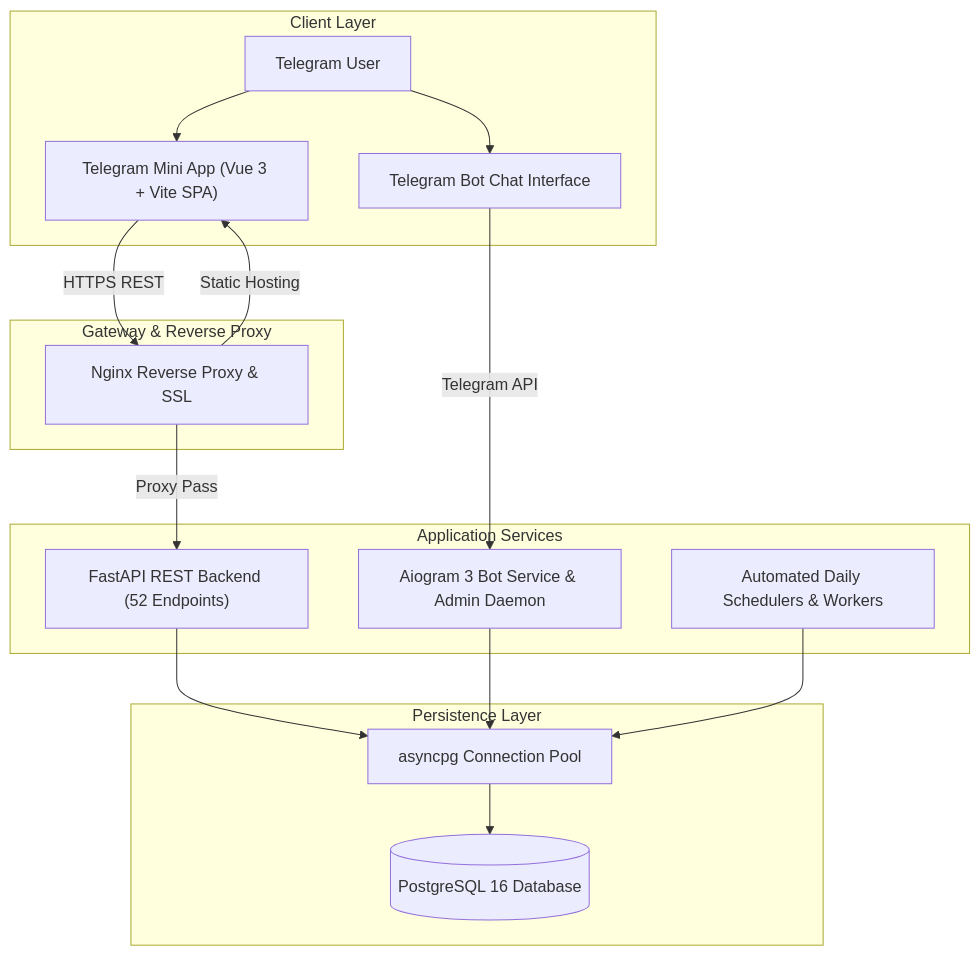
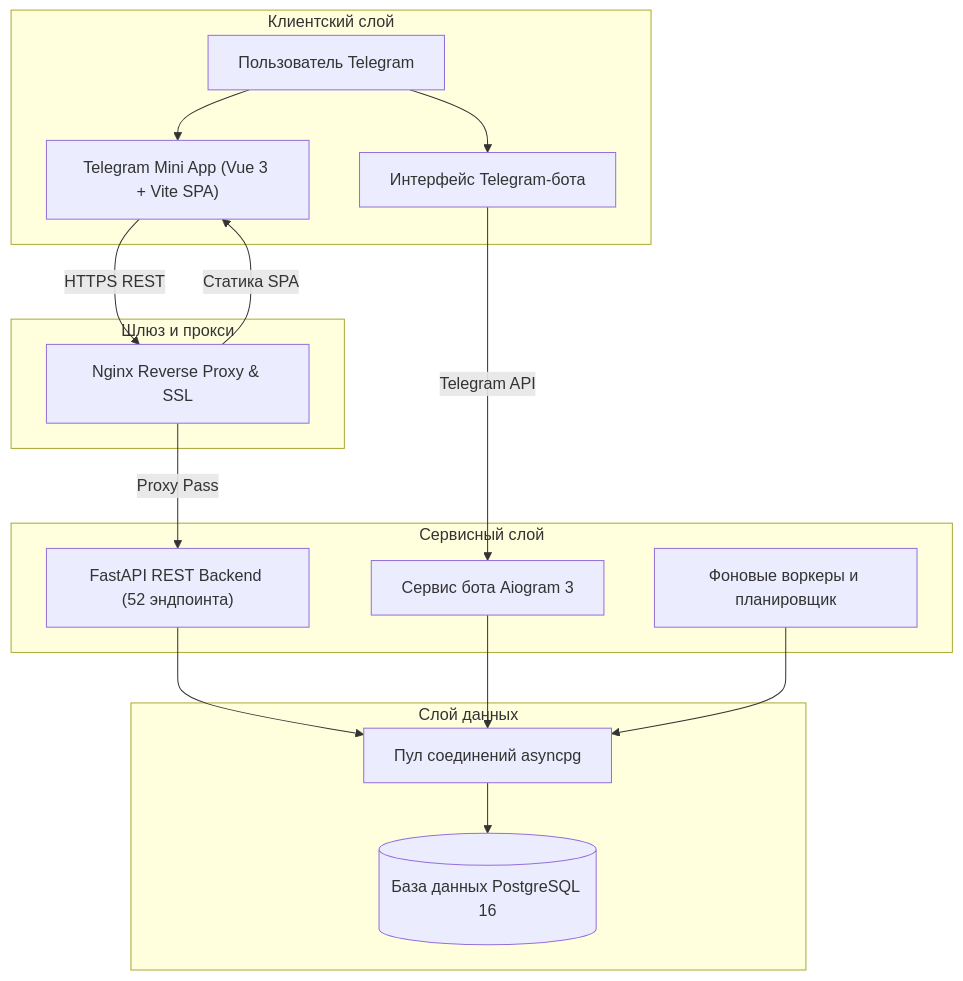
One commit to MOneK292/mnpl-showcase changed the diagram in README.md. Above: the diagram before and after it, drawn with Mermaid. The commit also changed other lines of this file and 2 other files, not shown here.

````diff
--- a/README.md
+++ b/README.md
@@ -157,38 +155,38 @@
 ```mermaid
 flowchart TD
-    subgraph Clients["Client Layer"]
-        TgUser["Telegram User"]
+    subgraph Clients["Клиентский слой"]
+        TgUser["Пользователь Telegram"]
         MiniApp["Telegram Mini App (Vue 3 + Vite SPA)"]
-        TgBotClient["Telegram Bot Chat Interface"]
+        TgBotClient["Интерфейс Telegram-бота"]
     end
 
-    subgraph Gateway["Gateway & Reverse Proxy"]
+    subgraph Gateway["Шлюз и прокси"]
         Nginx["Nginx Reverse Proxy & SSL"]
     end
 
-    subgraph Services["Application Services"]
-        FastAPI["FastAPI REST Backend (52 Endpoints)"]
-        BotService["Aiogram 3 Bot Service & Admin Daemon"]
-        Scheduler["Automated Daily Schedulers & Workers"]
+    subgraph Services["Сервисный слой"]
+        FastAPI["FastAPI REST Backend (52 эндпоинта)"]
+        BotService["Сервис бота Aiogram 3"]
+        Scheduler["Фоновые воркеры и планировщик"]
     end
 
-    subgraph Database["Persistence Layer"]
-        PG[("PostgreSQL 16 Database")]
-        Pool["asyncpg Connection Pool"]
+    subgraph Database["Слой данных"]
+        PG[("База данных PostgreSQL 16")]
+        Pool["Пул соединений asyncpg"]
     end
 
     TgUser --> MiniApp
     TgUser --> TgBotClient
 
     MiniApp -->|HTTPS REST| Nginx
     TgBotClient -->|Telegram API| BotService
 
     Nginx -->|Proxy Pass| FastAPI
-    Nginx -->|Static Hosting| MiniApp
+    Nginx -->|Статика SPA| MiniApp
 
     FastAPI --> Pool
     BotService --> Pool
     Scheduler --> Pool
 
     Pool --> PG
 ```
````
